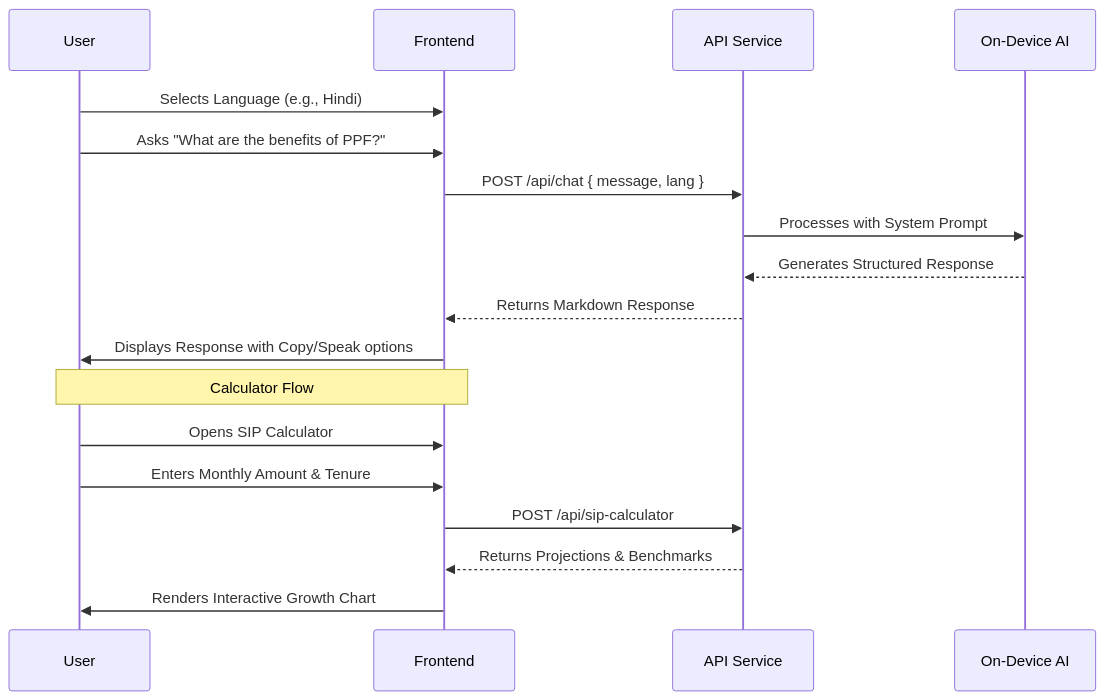
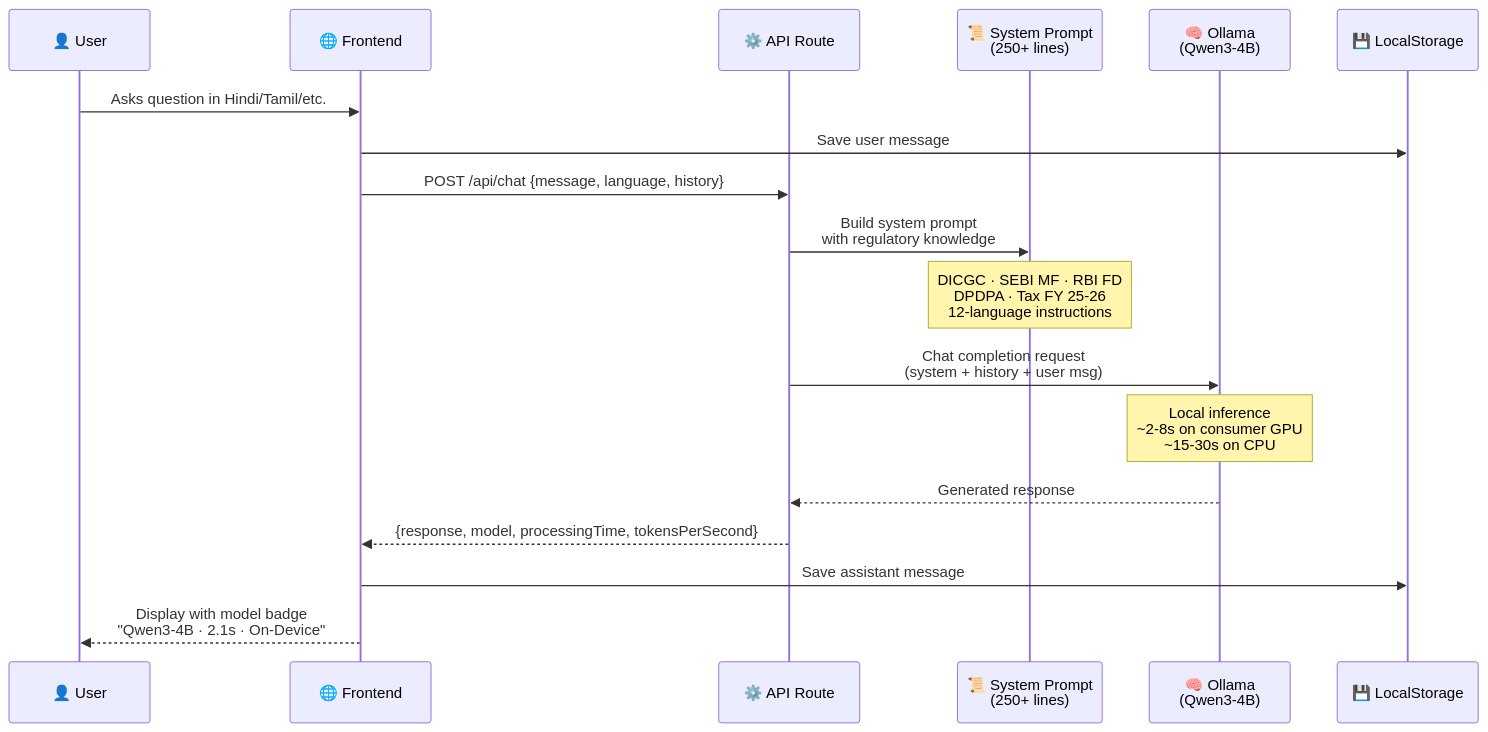
Before and after one commit to yashrao2607/arthsathi: the second of 5 diagrams in README.md, drawn with Mermaid. The commit also changed other lines of this file, not shown here.

Commit message:
docs: overhaul README with architecture diagrams, training methodology, and technical specifications

````diff
--- a/README.md
+++ b/README.md
@@ -115,22 +67,25 @@
 ```mermaid
 sequenceDiagram
-    participant U as User
-    participant F as Frontend
-    participant A as API Service
-    participant AI as On-Device AI
+    participant U as 👤 User
+    participant F as 🌐 Frontend
+    participant R as ⚙️ API Route
+    participant S as 📜 System Prompt<br/>(250+ lines)
+    participant O as 🧠 Ollama<br/>(Qwen3-4B)
+    participant L as 💾 LocalStorage
 
-    U->>F: Selects Language (e.g., Hindi)
-    U->>F: Asks "What are the benefits of PPF?"
-    F->>A: POST /api/chat { message, lang }
-    A->>AI: Processes with System Prompt
-    AI-->>A: Generates Structured Response
-    A-->>F: Returns Markdown Response
-    F->>U: Displays Response with Copy/Speak options
+    U->>F: Asks question in Hindi/Tamil/etc.
+    F->>L: Save user message
+    F->>R: POST /api/chat {message, language, history}
 
-    Note over U, F: Calculator Flow
-    U->>F: Opens SIP Calculator
-    U->>F: Enters Monthly Amount & Tenure
-    F->>A: POST /api/sip-calculator
-    A-->>F: Returns Projections & Benchmarks
-    F->>U: Renders Interactive Growth Chart
+    R->>S: Build system prompt<br/>with regulatory knowledge
+    Note over S: DICGC · SEBI MF · RBI FD<br/>DPDPA · Tax FY 25-26<br/>12-language instructions
+
+    R->>O: Chat completion request<br/>(system + history + user msg)
+
+    Note over O: Local inference<br/>~2-8s on consumer GPU<br/>~15-30s on CPU
+
+    O-->>R: Generated response
+    R-->>F: {response, model, processingTime, tokensPerSecond}
+    F->>L: Save assistant message
+    F-->>U: Display with model badge<br/>"Qwen3-4B · 2.1s · On-Device"
 ```
````
